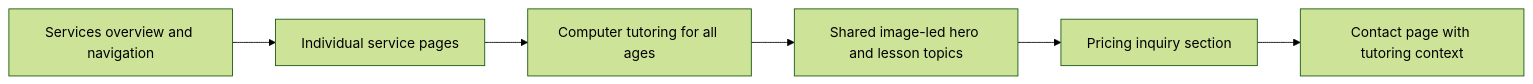
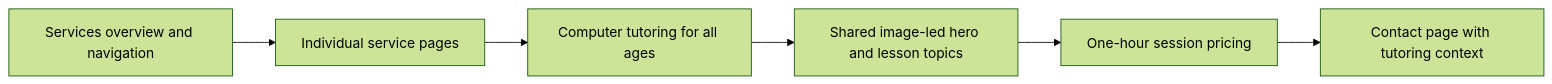
Before and after one commit to anoblet/astronautical-apogee: the diagram in src/pages/services/_readme.md, drawn with Mermaid (forest theme). The commit also changed other lines of this file and 3 other files, not shown here.

````diff
--- a/src/pages/services/_readme.md
+++ b/src/pages/services/_readme.md
@@ -9,8 +10,8 @@
 ```mermaid
 flowchart LR
     Services[Services overview and navigation] --> Pages[Individual service pages]
     Pages --> Tutoring[Computer tutoring for all ages]
     Tutoring --> Hero[Shared image-led hero and lesson topics]
-    Hero --> Pricing[Pricing inquiry section]
+    Hero --> Pricing[One-hour session pricing]
     Pricing --> Inquiry[Contact page with tutoring context]
 ```
````
